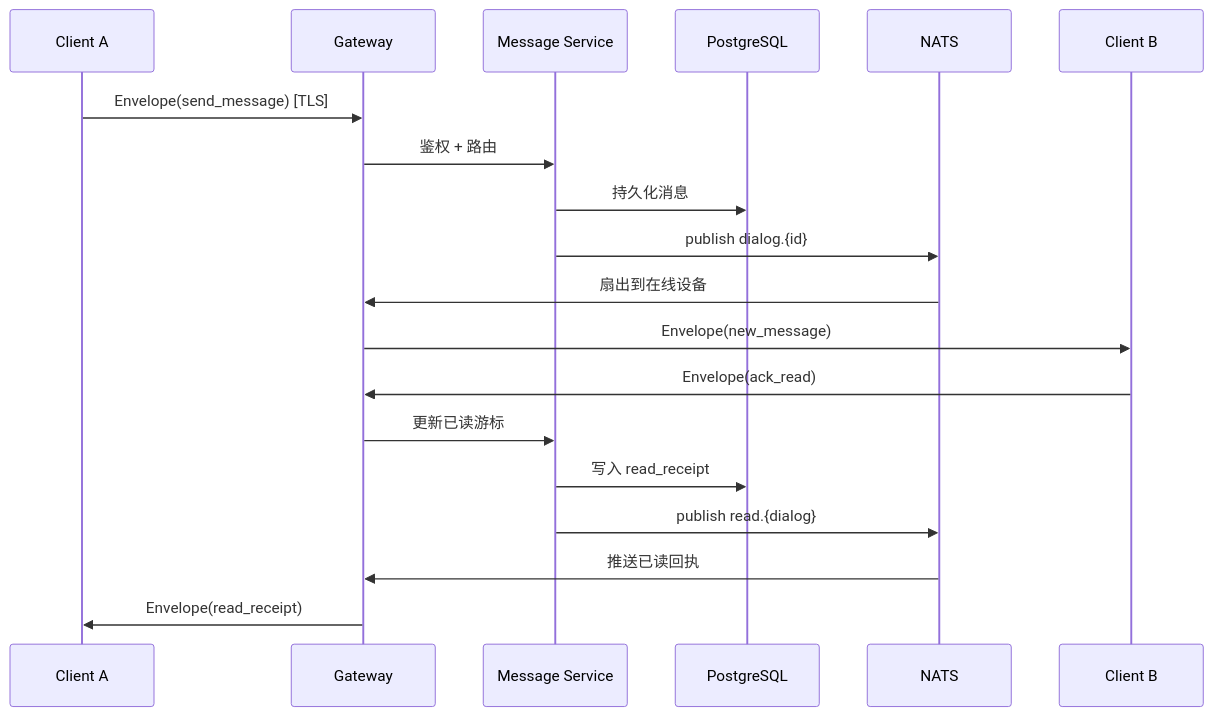
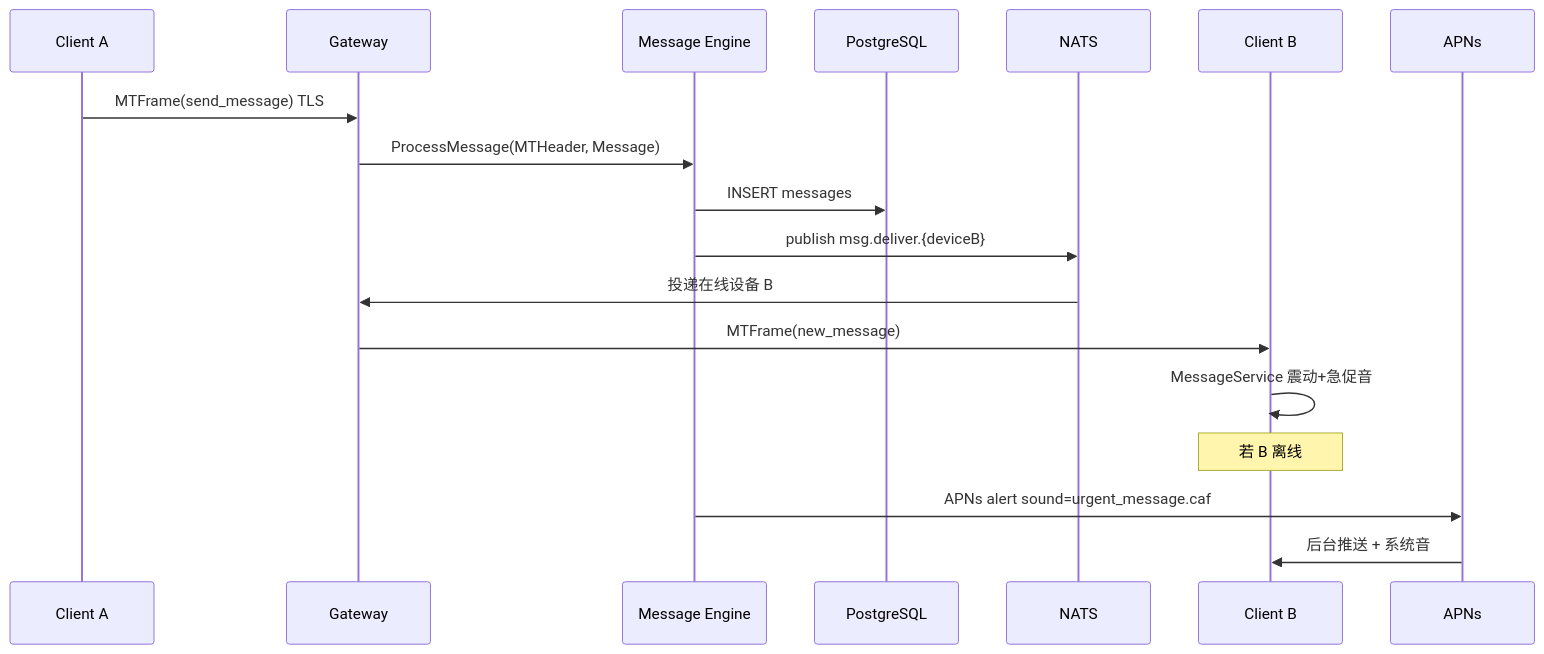
Before and after one commit to 1004cq/imimchat: the second of 2 diagrams in neomsg/docs/ARCHITECTURE.md, drawn with Mermaid. The commit also changed other lines of this file and 15 other files, not shown here.

Commit message:
feat(neomsg): complete Telegram-like architecture doc, iOS alerts, APNs push framework

````diff
--- a/neomsg/docs/ARCHITECTURE.md
+++ b/neomsg/docs/ARCHITECTURE.md
@@ -90,22 +74,21 @@
 ```mermaid
 sequenceDiagram
-    participant C1 as Client A
+    participant A as Client A
     participant GW as Gateway
-    participant MS as Message Service
+    participant E as Message Engine
     participant PG as PostgreSQL
-    participant NATS as NATS
-    participant C2 as Client B
+    participant N as NATS
+    participant B as Client B
+    participant P as APNs
 
-    C1->>GW: Envelope(send_message) [TLS]
-    GW->>MS: 鉴权 + 路由
-    MS->>PG: 持久化消息
-    MS->>NATS: publish dialog.{id}
-    NATS->>GW: 扇出到在线设备
-    GW->>C2: Envelope(new_message)
-    C2->>GW: Envelope(ack_read)
-    GW->>MS: 更新已读游标
-    MS->>PG: 写入 read_receipt
-    MS->>NATS: publish read.{dialog}
-    NATS->>GW: 推送已读回执
-    GW->>C1: Envelope(read_receipt)
+    A->>GW: MTFrame(send_message) TLS
+    GW->>E: ProcessMessage(MTHeader, Message)
+    E->>PG: INSERT messages
+    E->>N: publish msg.deliver.{deviceB}
+    N->>GW: 投递在线设备 B
+    GW->>B: MTFrame(new_message)
+    B->>B: MessageService 震动+急促音
+    Note over B: 若 B 离线
+    E->>P: APNs alert sound=urgent_message.caf
+    P->>B: 后台推送 + 系统音
 ```
````
